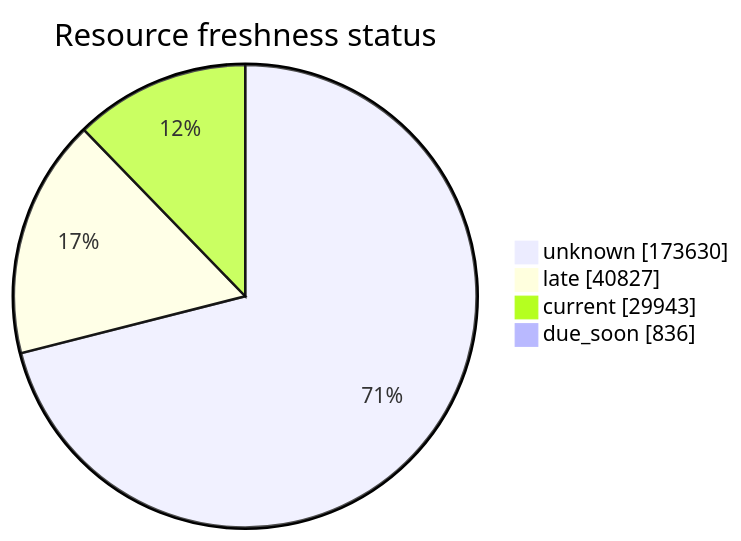
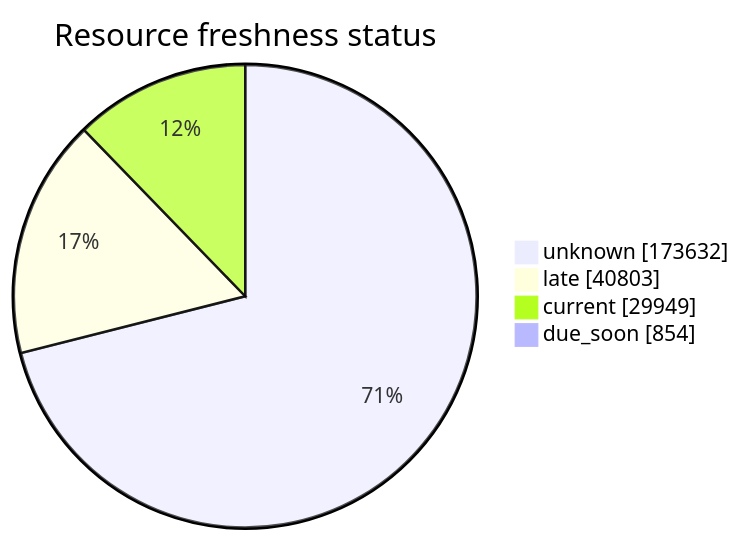
Before and after one commit to open-data/analytics-corporate-reporting: the third of 5 diagrams in FreshCheck/README.md, drawn with Mermaid. The commit also changed other lines of this file and 3 other files, not shown here.

````diff
--- a/FreshCheck/README.md
+++ b/FreshCheck/README.md
@@ -77,7 +77,7 @@
 ```mermaid
 pie showData title Resource freshness status
-    "unknown": 173630
-    "late": 40827
-    "current": 29943
-    "due_soon": 836
+    "unknown": 173632
+    "late": 40803
+    "current": 29949
+    "due_soon": 854
 ```
````
